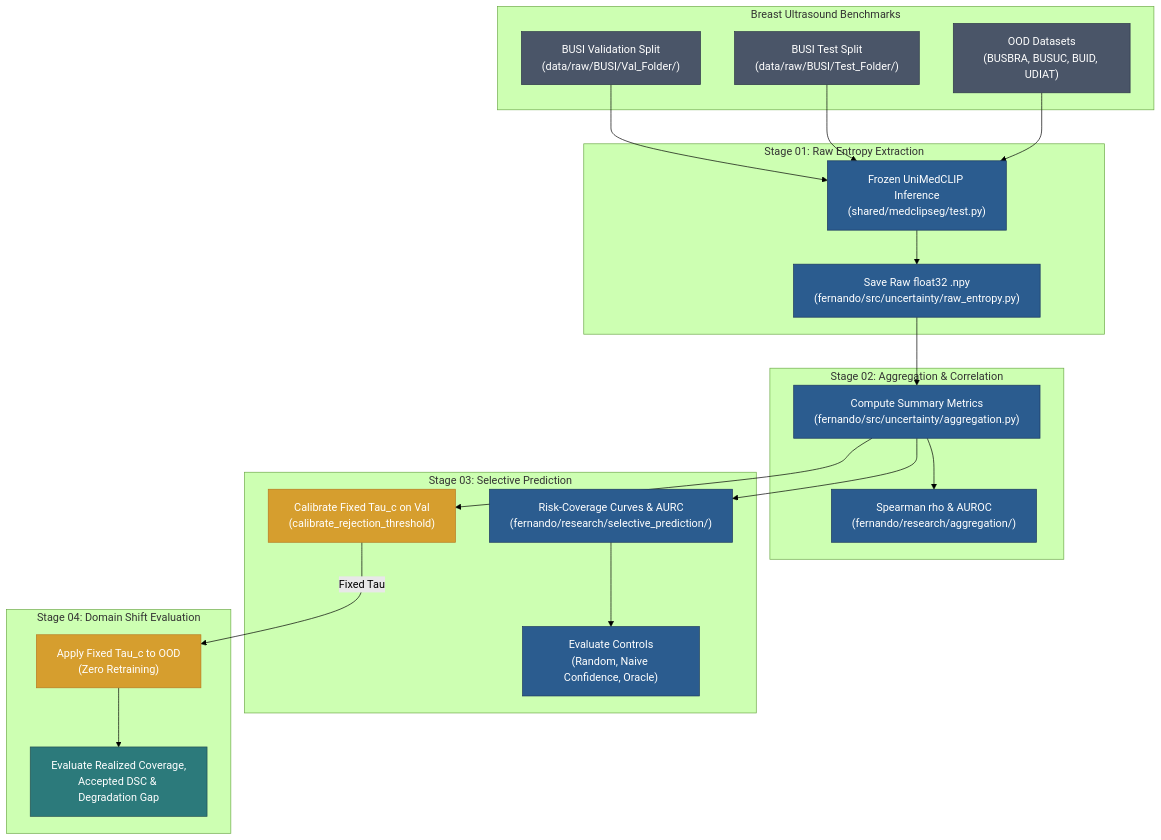
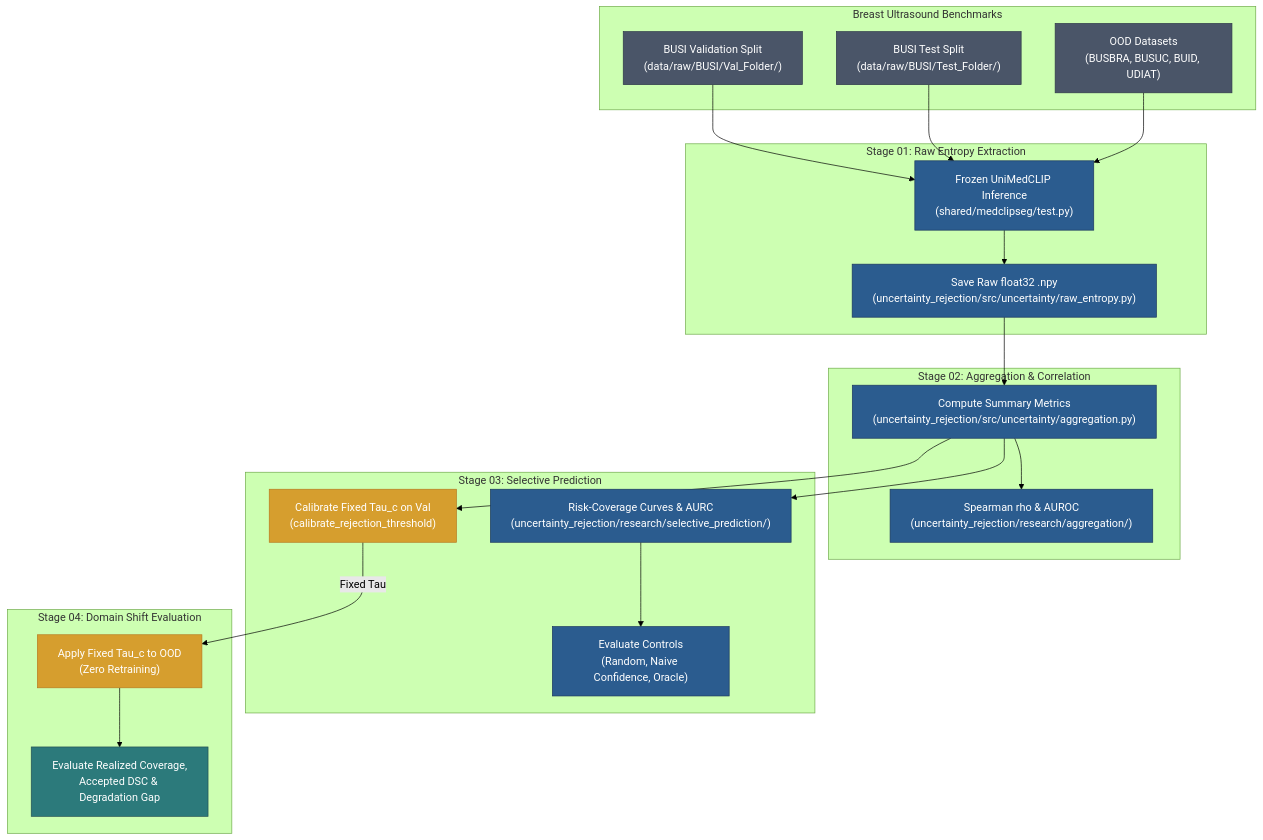
One commit to Fergarciamedina/MedCLIPSeg-plus-plus changed the third of 6 diagrams in docs/architecture.md. Above: the diagram before and after it, drawn with Mermaid (forest theme). The commit also changed other lines of this file and 28 other files, not shown here.

Commit message:
feat(architecture): rename workstreams to research contributions (uncertainty_rejection, prompt_robustness)

````diff
--- a/docs/architecture.md
+++ b/docs/architecture.md
@@ -67,49 +67,49 @@
 ```mermaid
 flowchart TD
     classDef input fill:#4a5568,stroke:#2d3748,color:#ffffff;
     classDef proc fill:#2b5c8f,stroke:#1a365d,color:#ffffff;
     classDef dec fill:#d69e2e,stroke:#b7791f,color:#ffffff;
     classDef out fill:#2c7a7b,stroke:#234e52,color:#ffffff;
 
     subgraph DataSplits ["Breast Ultrasound Benchmarks"]
         BUSI_Val["BUSI Validation Split<br>(data/raw/BUSI/Val_Folder/)"]:::input
         BUSI_Test["BUSI Test Split<br>(data/raw/BUSI/Test_Folder/)"]:::input
         OOD_Sets["OOD Datasets<br>(BUSBRA, BUSUC, BUID, UDIAT)"]:::input
     end
 
     subgraph Stage01 ["Stage 01: Raw Entropy Extraction"]
         Infer["Frozen UniMedCLIP Inference<br>(shared/medclipseg/test.py)"]:::proc
-        SaveRaw["Save Raw float32 .npy<br>(fernando/src/uncertainty/raw_entropy.py)"]:::proc
+        SaveRaw["Save Raw float32 .npy<br>(uncertainty_rejection/src/uncertainty/raw_entropy.py)"]:::proc
     end
 
     subgraph Stage02 ["Stage 02: Aggregation & Correlation"]
-        Agg["Compute Summary Metrics<br>(fernando/src/uncertainty/aggregation.py)"]:::proc
-        Metrics["Spearman rho & AUROC<br>(fernando/research/aggregation/)"]:::proc
+        Agg["Compute Summary Metrics<br>(uncertainty_rejection/src/uncertainty/aggregation.py)"]:::proc
+        Metrics["Spearman rho & AUROC<br>(uncertainty_rejection/research/aggregation/)"]:::proc
     end
 
     subgraph Stage03 ["Stage 03: Selective Prediction"]
         Calib["Calibrate Fixed Tau_c on Val<br>(calibrate_rejection_threshold)"]:::dec
-        RiskCov["Risk-Coverage Curves & AURC<br>(fernando/research/selective_prediction/)"]:::proc
+        RiskCov["Risk-Coverage Curves & AURC<br>(uncertainty_rejection/research/selective_prediction/)"]:::proc
         Controls["Evaluate Controls<br>(Random, Naive Confidence, Oracle)"]:::proc
     end
 
     subgraph Stage04 ["Stage 04: Domain Shift Evaluation"]
         ApplyFrozen["Apply Fixed Tau_c to OOD<br>(Zero Retraining)"]:::dec
         OODMetrics["Evaluate Realized Coverage,<br>Accepted DSC & Degradation Gap"]:::out
     end
 
     BUSI_Val --> Infer
     BUSI_Test --> Infer
     OOD_Sets --> Infer
 
     Infer --> SaveRaw
     SaveRaw --> Agg
     Agg --> Metrics
 
     Agg --> Calib
     Calib -->|"Fixed Tau"| ApplyFrozen
     Agg --> RiskCov
     RiskCov --> Controls
 
     ApplyFrozen --> OODMetrics
 ```
````
